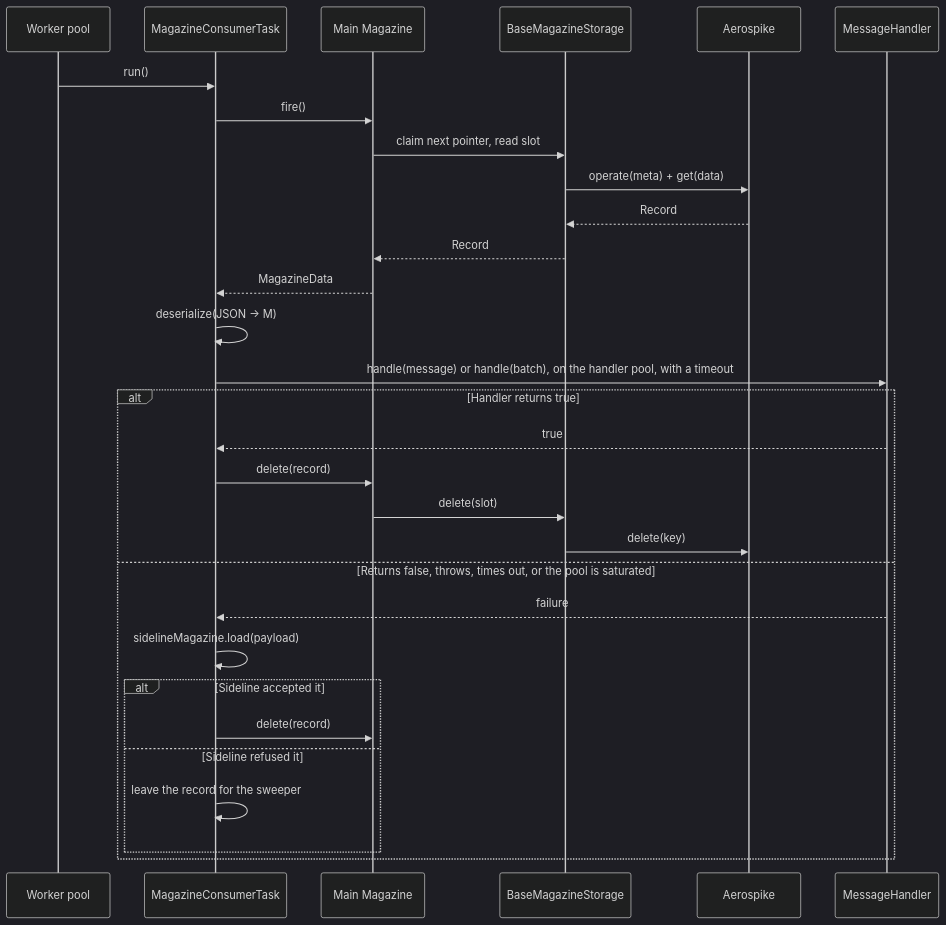
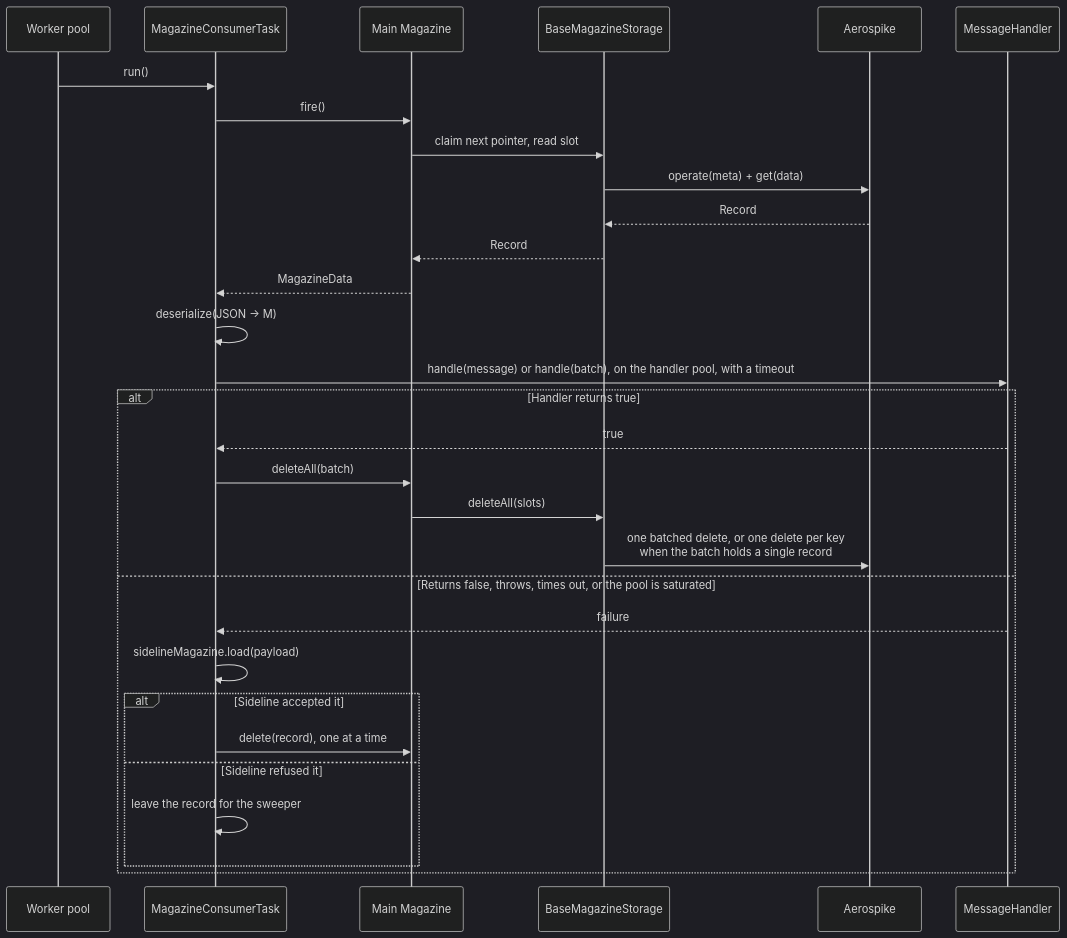
Before and after one commit to PhonePe/IgnisMQ: the fourth of 10 diagrams in docs/docs/architecture.md, drawn with Mermaid (dark theme). The commit also changed other lines of this file and 14 other files, not shown here.

Commit message:
Moved to magazine deleteAll + Refactoring

````diff
--- a/docs/docs/architecture.md
+++ b/docs/docs/architecture.md
@@ -288,34 +289,34 @@
 ```mermaid
 sequenceDiagram
     participant T as Worker pool
     participant CT as MagazineConsumerTask
     participant M as Main Magazine
     participant MS as BaseMagazineStorage
     participant AS as Aerospike
     participant H as MessageHandler
 
     T->>CT: run()
     CT->>M: fire()
     M->>MS: claim next pointer, read slot
     MS->>AS: operate(meta) + get(data)
     AS-->>MS: Record
     MS-->>M: Record
     M-->>CT: MagazineData
     CT->>CT: deserialize(JSON → M)
     CT->>H: handle(message) or handle(batch), on the handler pool, with a timeout
 
     alt Handler returns true
         H-->>CT: true
-        CT->>M: delete(record)
-        M->>MS: delete(slot)
-        MS->>AS: delete(key)
+        CT->>M: deleteAll(batch)
+        M->>MS: deleteAll(slots)
+        MS->>AS: one batched delete, or one delete per key<br/>when the batch holds a single record
     else Returns false, throws, times out, or the pool is saturated
         H-->>CT: failure
         CT->>CT: sidelineMagazine.load(payload)
         alt Sideline accepted it
-            CT->>M: delete(record)
+            CT->>M: delete(record), one at a time
         else Sideline refused it
             CT->>CT: leave the record for the sweeper
         end
     end
 ```
````
